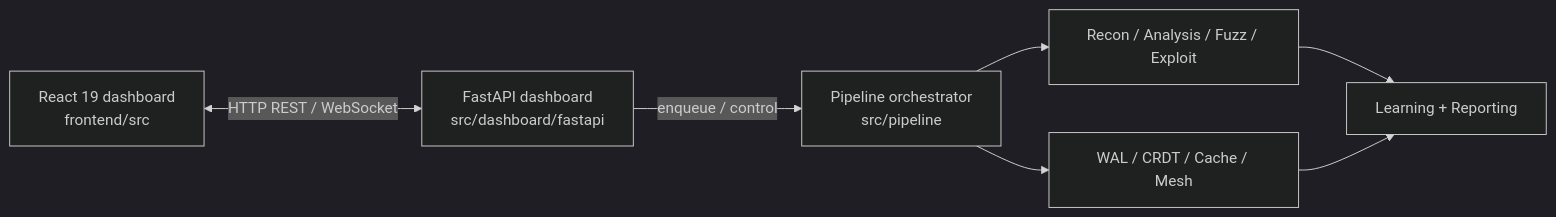
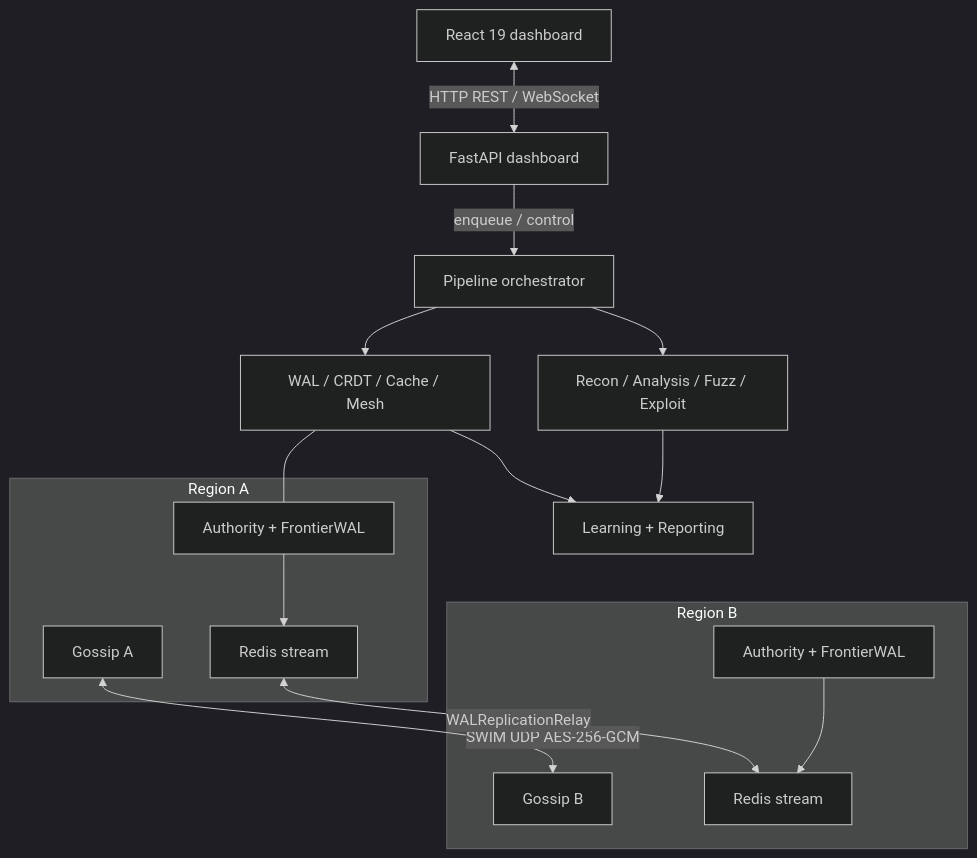
The second of 12 diagrams in docs/flowchart.md (AviralGup7/Singularity-Zero), drawn with Mermaid (dark theme) before and after one commit. The commit also changed other lines of this file and 1 other file, not shown here.

First line of the commit message:
docs(flowchart): merge overlapping per-doc charts into survivor graphs

````diff
--- a/docs/flowchart.md
+++ b/docs/flowchart.md
@@ -105,9 +111,24 @@
 ```mermaid
-flowchart LR
-    UI["React 19 dashboard<br/>frontend/src"] <-->|"HTTP REST / WebSocket"| API["FastAPI dashboard<br/>src/dashboard/fastapi"]
-    API -->|"enqueue / control"| Orch["Pipeline orchestrator<br/>src/pipeline"]
+flowchart TD
+    UI["React 19 dashboard"] <-->|"HTTP REST / WebSocket"| API["FastAPI dashboard"]
+    API -->|"enqueue / control"| Orch["Pipeline orchestrator"]
     Orch --> Engines["Recon / Analysis / Fuzz / Exploit"]
     Orch --> State["WAL / CRDT / Cache / Mesh"]
     Engines --> Sinks["Learning + Reporting"]
     State --> Sinks
+    subgraph RegionA["Region A"]
+        GA["Gossip A"]
+        OA["Authority + FrontierWAL"]
+        RA["Redis stream"]
+        OA --> RA
+    end
+    subgraph RegionB["Region B"]
+        GB["Gossip B"]
+        OB["Authority + FrontierWAL"]
+        RB["Redis stream"]
+        OB --> RB
+    end
+    State --- OA
+    GA <-->|"SWIM UDP AES-256-GCM"| GB
+    RA <-->|"WALReplicationRelay"| RB
 ```
````
